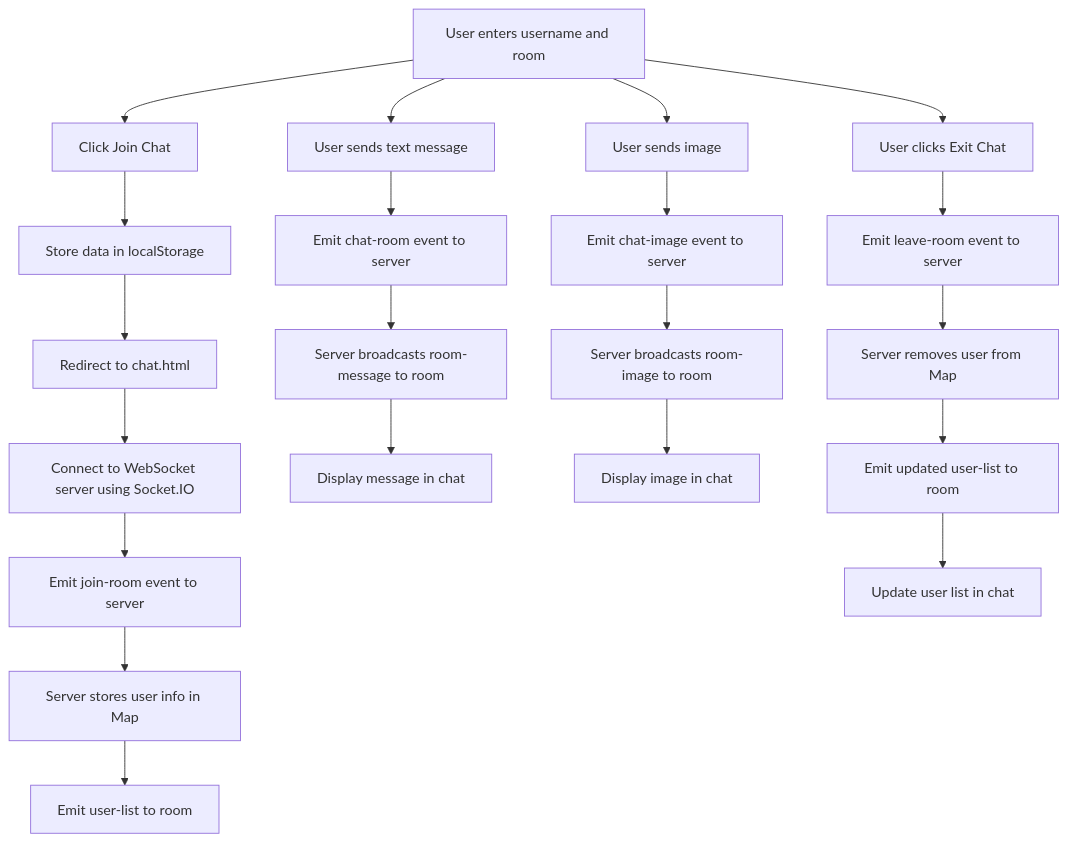
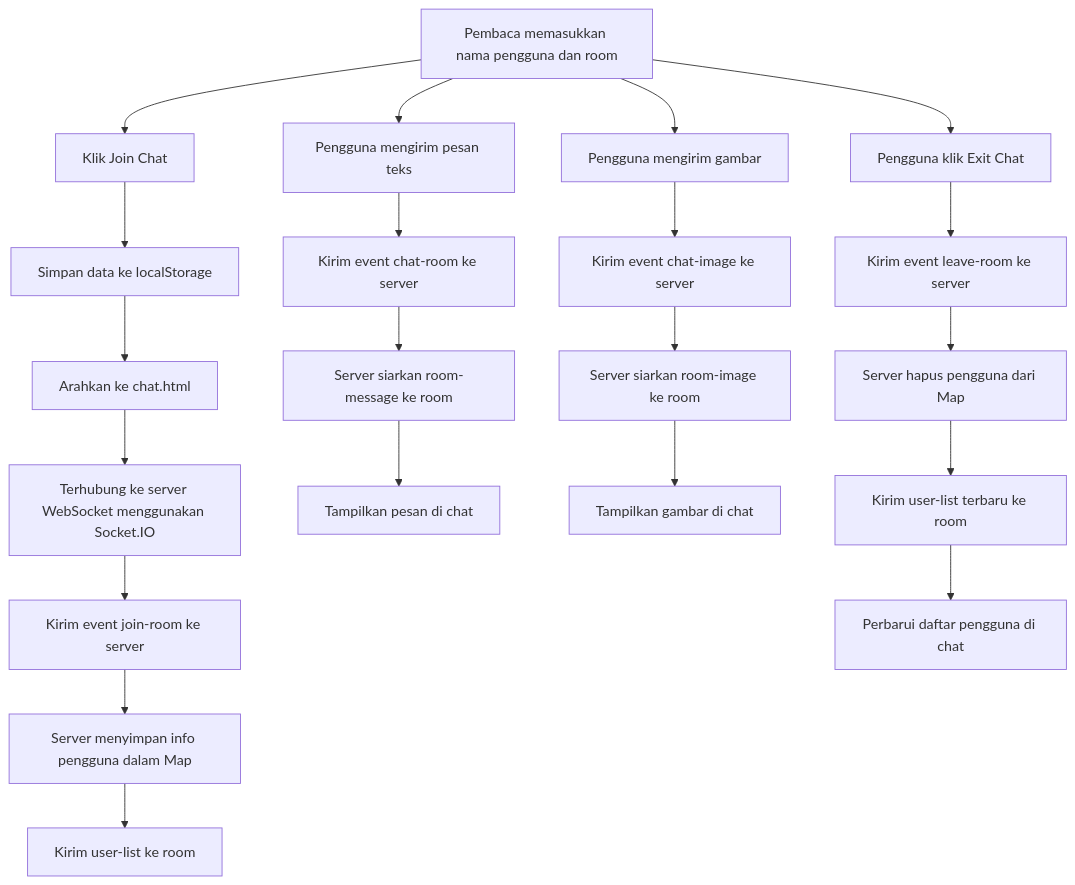
Before and after one commit to yogiamma16/LAB_BACKEND_YOGI-A.AMMAH: the third of 3 diagrams in README.md, drawn with Mermaid.

````diff
--- a/README.md
+++ b/README.md
@@ -114,27 +114,27 @@
 ```mermaid
 graph TD
-    A[User enters username and room] --> B[Click Join Chat]
-    B --> C[Store data in localStorage]
-    C --> D[Redirect to chat.html]
-    D --> E[Connect to WebSocket server using Socket.IO]
+    A[Pembaca memasukkan nama pengguna dan room] --> B[Klik Join Chat]
+    B --> C[Simpan data ke localStorage]
+    C --> D[Arahkan ke chat.html]
+    D --> E[Terhubung ke server WebSocket menggunakan Socket.IO]
 
-    E --> F[Emit join-room event to server]
-    F --> G[Server stores user info in Map]
-    G --> H[Emit user-list to room]
+    E --> F[Kirim event join-room ke server]
+    F --> G[Server menyimpan info pengguna dalam Map]
+    G --> H[Kirim user-list ke room]
 
-    A --> I[User sends text message]
-    I --> J[Emit chat-room event to server]
-    J --> K[Server broadcasts room-message to room]
-    K --> L[Display message in chat]
+    A --> I[Pengguna mengirim pesan teks]
+    I --> J[Kirim event chat-room ke server]
+    J --> K[Server siarkan room-message ke room]
+    K --> L[Tampilkan pesan di chat]
 
-    A --> M[User sends image]
-    M --> N[Emit chat-image event to server]
-    N --> O[Server broadcasts room-image to room]
-    O --> P[Display image in chat]
+    A --> M[Pengguna mengirim gambar]
+    M --> N[Kirim event chat-image ke server]
+    N --> O[Server siarkan room-image ke room]
+    O --> P[Tampilkan gambar di chat]
 
-    A --> Q[User clicks Exit Chat]
-    Q --> R[Emit leave-room event to server]
-    R --> S[Server removes user from Map]
-    S --> T[Emit updated user-list to room]
-    T --> U[Update user list in chat]
+    A --> Q[Pengguna klik Exit Chat]
+    Q --> R[Kirim event leave-room ke server]
+    R --> S[Server hapus pengguna dari Map]
+    S --> T[Kirim user-list terbaru ke room]
+    T --> U[Perbarui daftar pengguna di chat]
 ```
````
